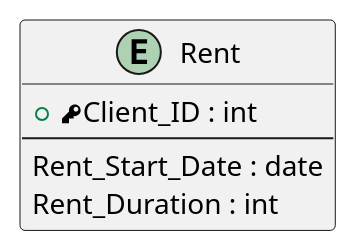
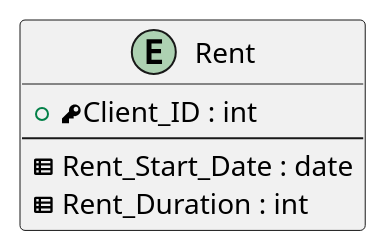
Before and after one commit to DmitryVasilkovW/ITMO-Database-design-labs-4-sem: the diagram in Labs/Lab1/Tables/Entities/Rent.puml, drawn with PlantUML. The commit also changed 5 other files, not shown here.

```diff
--- a/Labs/Lab1/Tables/Entities/Rent.puml
+++ b/Labs/Lab1/Tables/Entities/Rent.puml
@@ -1,9 +1,9 @@
 @startuml
 entity "Rent" as rent
 {
   +<&key>Client_ID : int
   --
-  Rent_Start_Date : date
-  Rent_Duration : int
+  <&spreadsheet> Rent_Start_Date : date
+  <&spreadsheet> Rent_Duration : int
 }
 @enduml
```
